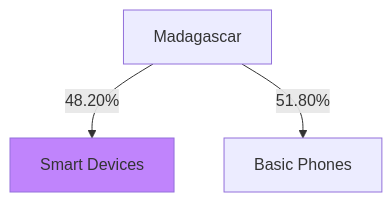
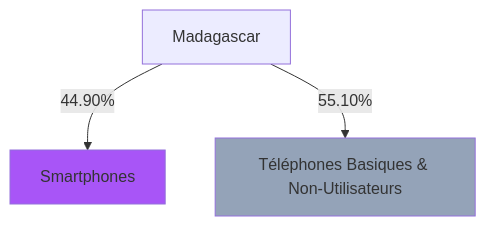
The third of 11 diagrams in slides.md (mianala/rn-intro-slides), drawn with Mermaid before and after one commit. The commit also changed other lines of this file and 354 other files, not shown here.

````diff
--- a/slides.md
+++ b/slides.md
@@ -597,9 +733,10 @@
 ```mermaid {theme: 'neutral', scale: 0.8}
 graph TD
     Madagascar["Madagascar"]
-        
-    Madagascar -->|"48.20%"| MadSmartphone["Smart Devices"]
-    Madagascar -->|"51.80%"| MadOther["Basic Phones"]
 
-style MadSmartphone fill:#c084fc
+    Madagascar -->|"44.90%"| MadSmartphone["Smartphones"]
+    Madagascar -->|"55.10%"| MadOther["Téléphones Basiques & Non-Utilisateurs"]
+
+style MadSmartphone fill:#A855F7
+style MadOther fill:#94A3B8
 ```
````
